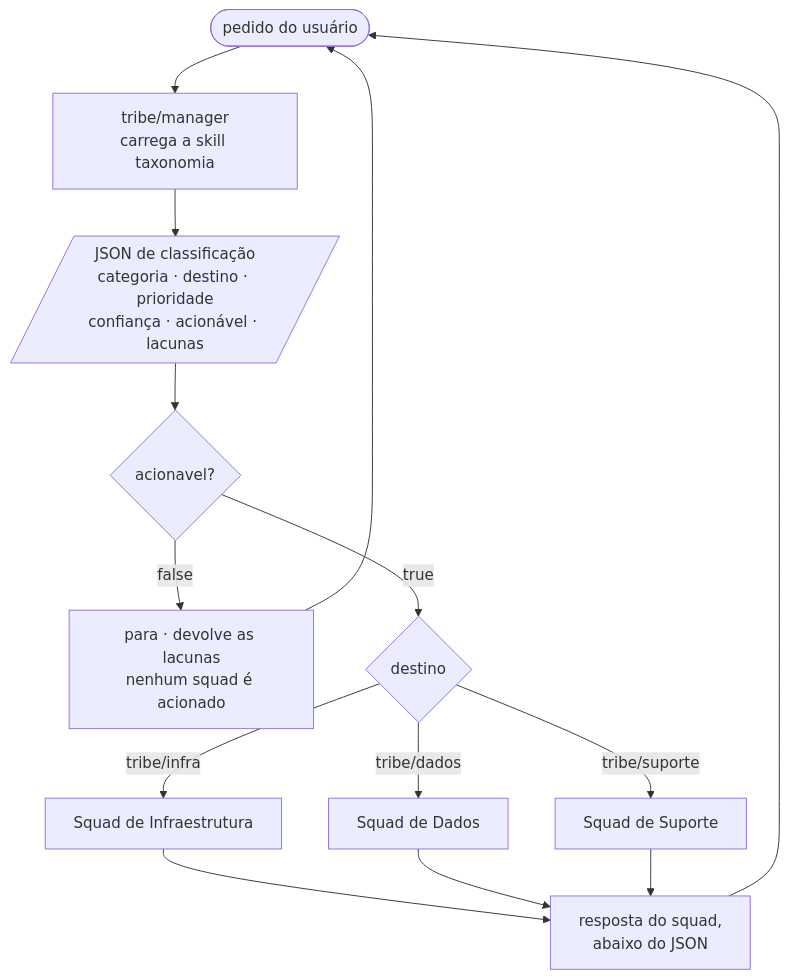
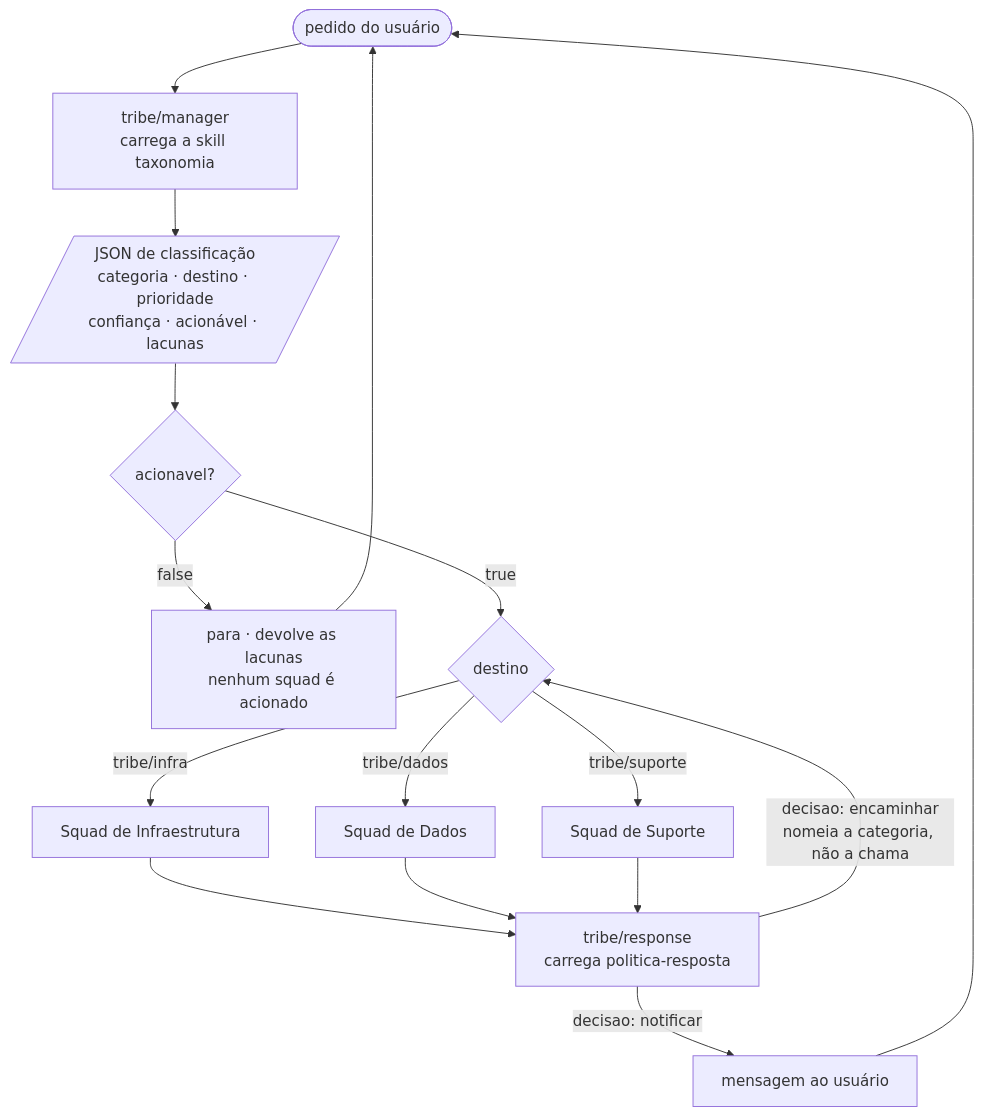
Diagram 17 of 17 in adr.md (0xHackerSpace/squadAgents), drawn with Mermaid before and after one commit. The commit also changed other lines of this file and 9 other files, not shown here.

````diff
--- a/adr.md
+++ b/adr.md
@@ -815,14 +821,16 @@
 ```mermaid
 flowchart TD
     U(["pedido do usuário"]) --> M["tribe/manager<br/>carrega a skill taxonomia"]
     M --> J[/"JSON de classificação<br/>categoria · destino · prioridade<br/>confiança · acionável · lacunas"/]
     J --> A{"acionavel?"}
     A -->|"false"| P["para · devolve as lacunas<br/>nenhum squad é acionado"]
     A -->|"true"| D{"destino"}
     D -->|"tribe/infra"| I["Squad de Infraestrutura"]
     D -->|"tribe/dados"| DA["Squad de Dados"]
     D -->|"tribe/suporte"| S["Squad de Suporte"]
-    I & DA & S --> R["resposta do squad,<br/>abaixo do JSON"]
+    I & DA & S --> RC["tribe/response<br/>carrega politica-resposta"]
+    RC -->|"decisao: encaminhar<br/>nomeia a categoria, não a chama"| D
+    RC -->|"decisao: notificar"| R["mensagem ao usuário"]
     P --> U
     R --> U
 ```
````
